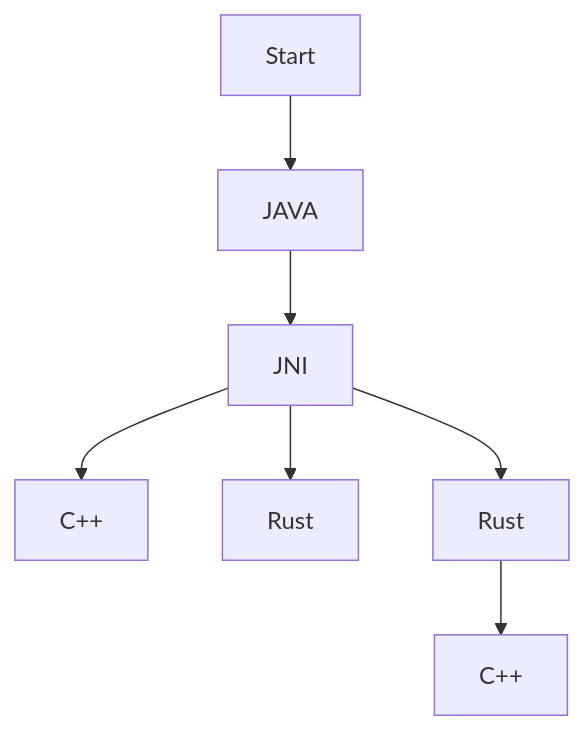
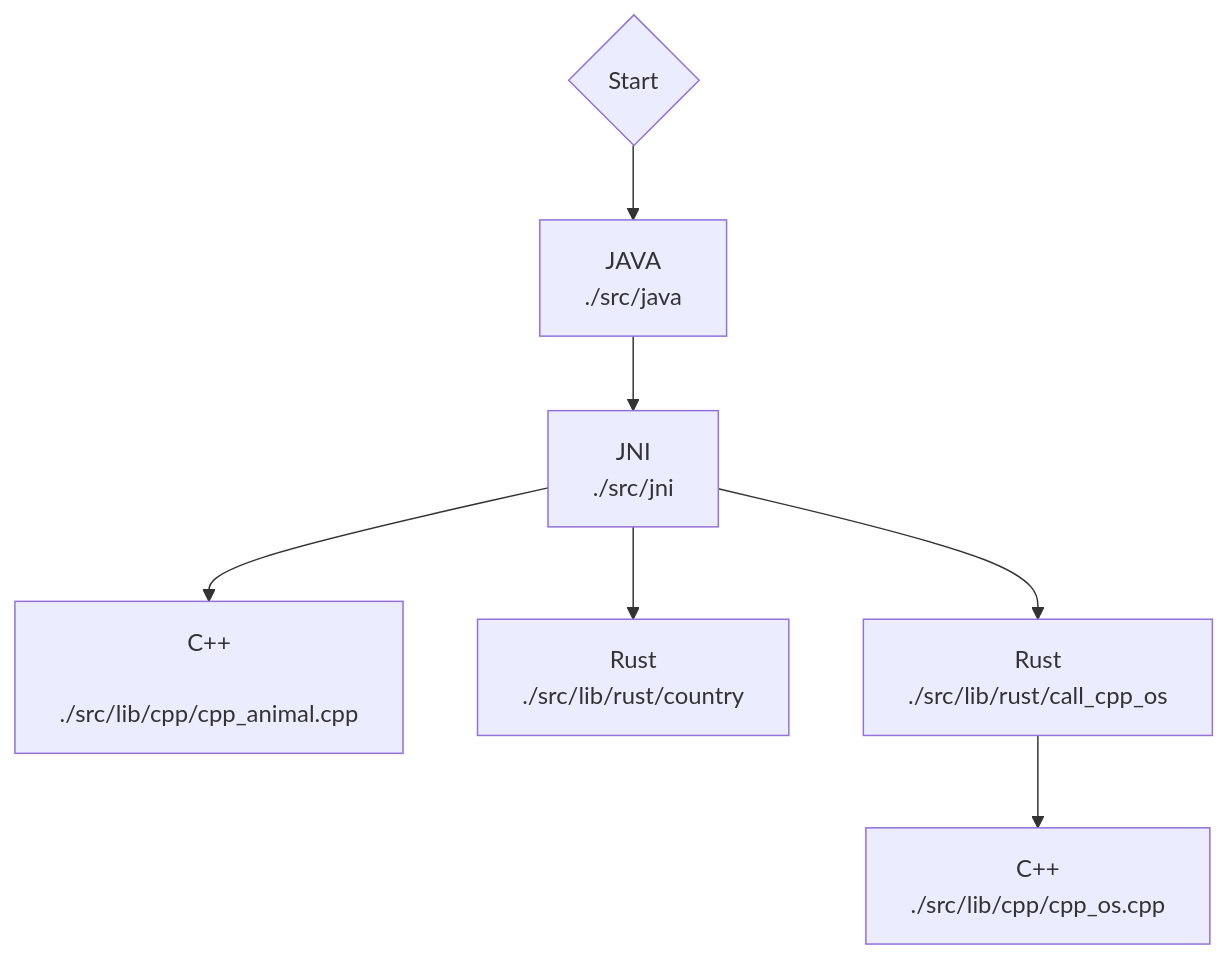
One commit to yutaishikawa526/Build_tools_test changed the diagram in bazel/sample7/README.md. Above: the diagram before and after it, drawn with Mermaid.

Commit message:
READMEの追記

````diff
--- a/bazel/sample7/README.md
+++ b/bazel/sample7/README.md
@@ -25,9 +25,15 @@
 ```mermaid
 flowchart TD
-    A[Start] --> B[JAVA]
-    B --> C[JNI]
-    C --> D[C++]
-    C --> E[Rust]
-    C --> F[Rust]
-    F --> G[C++]
+    A{Start} --> B["JAVA
+        ./src/java"]
+    B --> C["JNI
+        ./src/jni"]
+    C --> D["C++
+        ./src/lib/cpp/cpp_animal.cpp"]
+    C --> E["Rust
+        ./src/lib/rust/country"]
+    C --> F["Rust
+        ./src/lib/rust/call_cpp_os"]
+    F --> G["C++
+        ./src/lib/cpp/cpp_os.cpp"]
 ```
````
